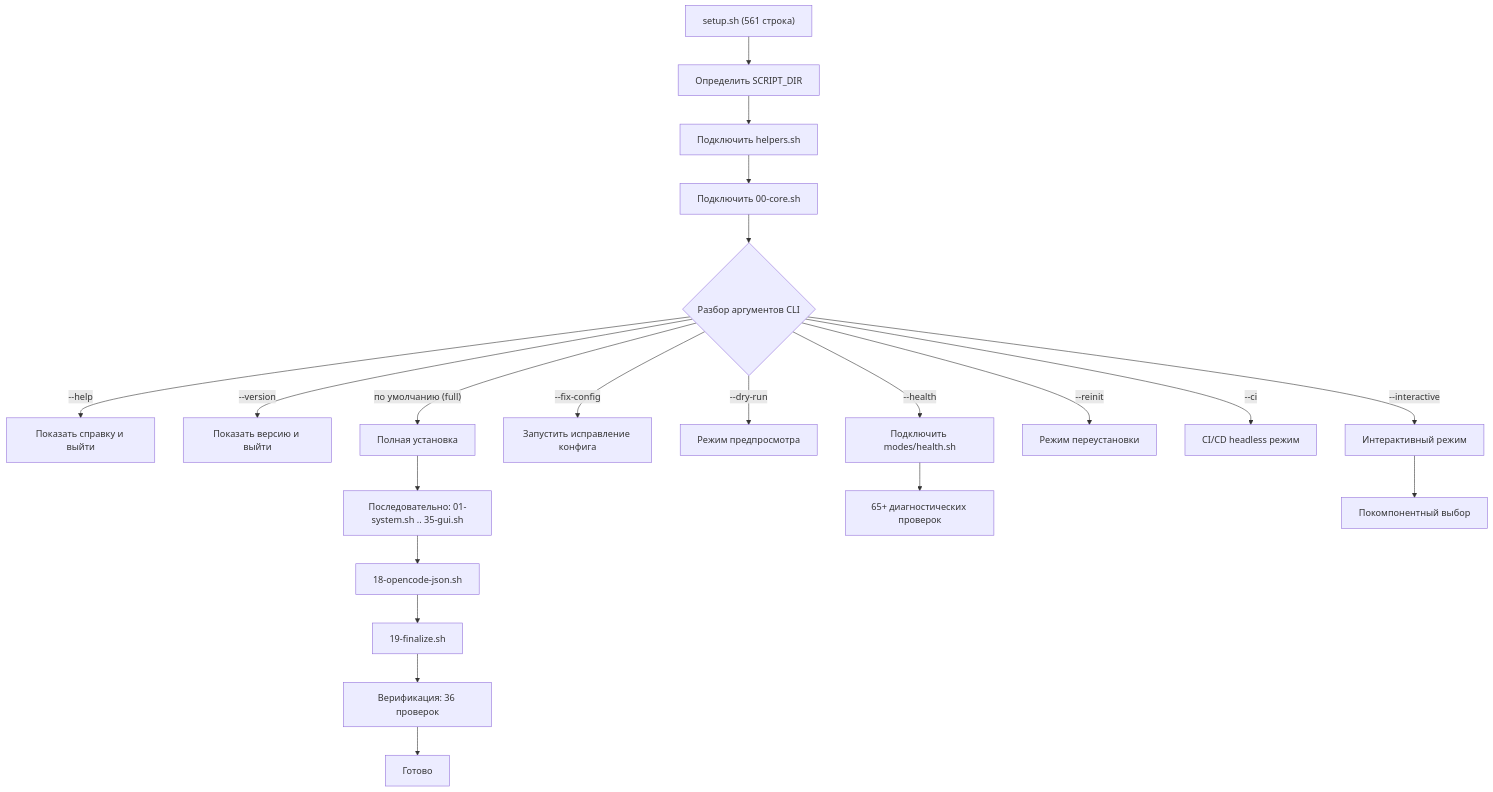
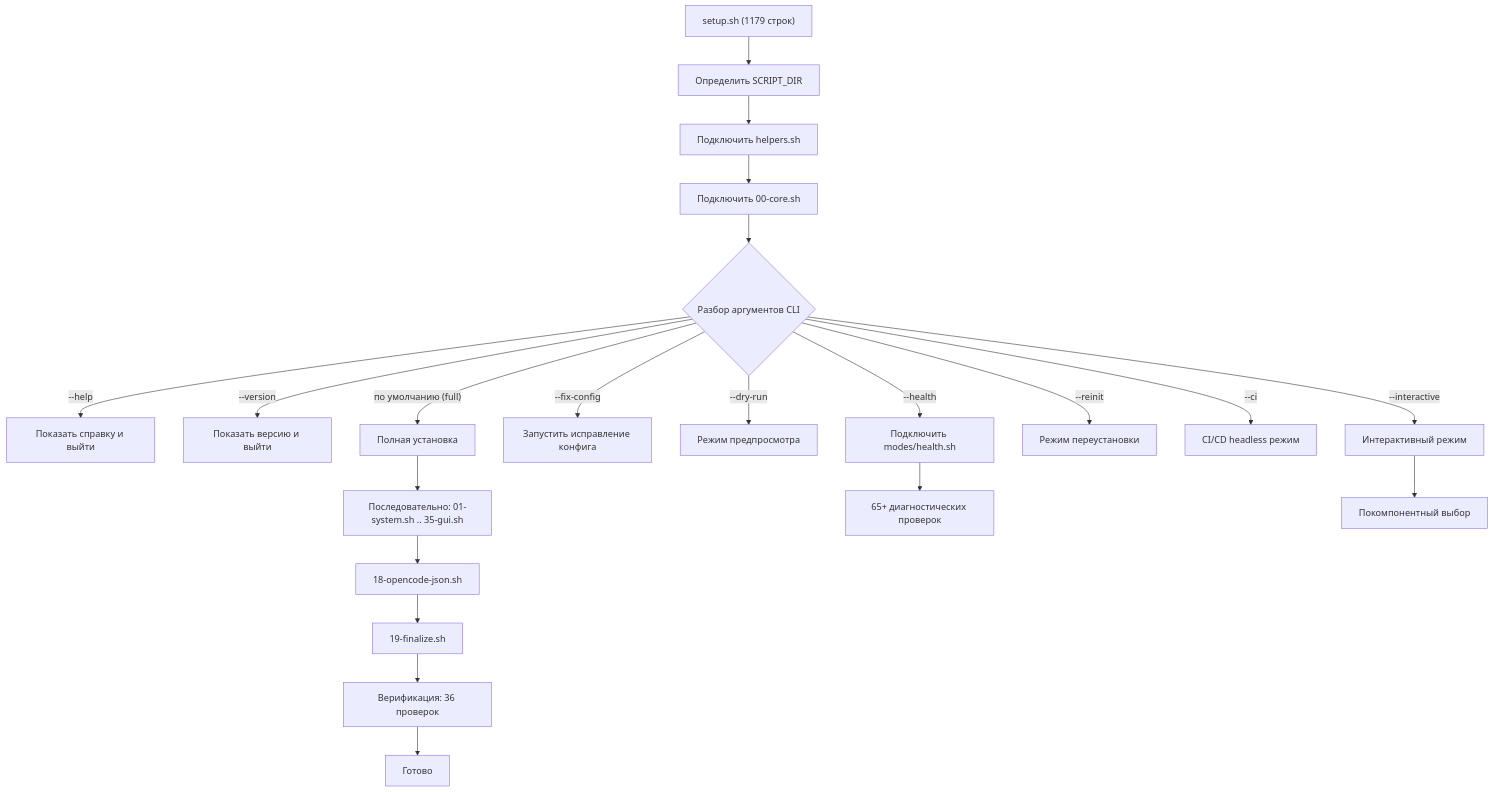
The fourth of 5 diagrams in docs/architecture/index.ru.md (AlexanderNarbaev/opencode_initializer), drawn with Mermaid before and after one commit. The commit also changed other lines of this file and 1 other file, not shown here.

First line of the commit message:
docs: update architecture indexes with new documentation

````diff
--- a/docs/architecture/index.ru.md
+++ b/docs/architecture/index.ru.md
@@ -120,25 +120,25 @@
 ```mermaid
 flowchart TD
-    A["setup.sh (561 строка)"] --> B["Определить SCRIPT_DIR"]
+    A["setup.sh (1179 строк)"] --> B["Определить SCRIPT_DIR"]
     B --> C["Подключить helpers.sh"]
     C --> D["Подключить 00-core.sh"]
     D --> E{"Разбор аргументов CLI"}
     E -->|"--help"| F["Показать справку и выйти"]
     E -->|"--version"| G["Показать версию и выйти"]
     E -->|"--health"| H["Подключить modes/health.sh"]
     E -->|"--fix-config"| I["Запустить исправление конфига"]
     E -->|"--dry-run"| J["Режим предпросмотра"]
     E -->|"--interactive"| K["Интерактивный режим"]
     E -->|"--reinit"| L["Режим переустановки"]
     E -->|"--ci"| CI["CI/CD headless режим"]
     E -->|"по умолчанию (full)"| M["Полная установка"]
 
     M --> N["Последовательно: 01-system.sh .. 35-gui.sh"]
     N --> O["18-opencode-json.sh"]
     O --> P["19-finalize.sh"]
     P --> Q["Верификация: 36 проверок"]
     Q --> R["Готово"]
 
     H --> S["65+ диагностических проверок"]
     K --> T["Покомпонентный выбор"]
 ```
````
